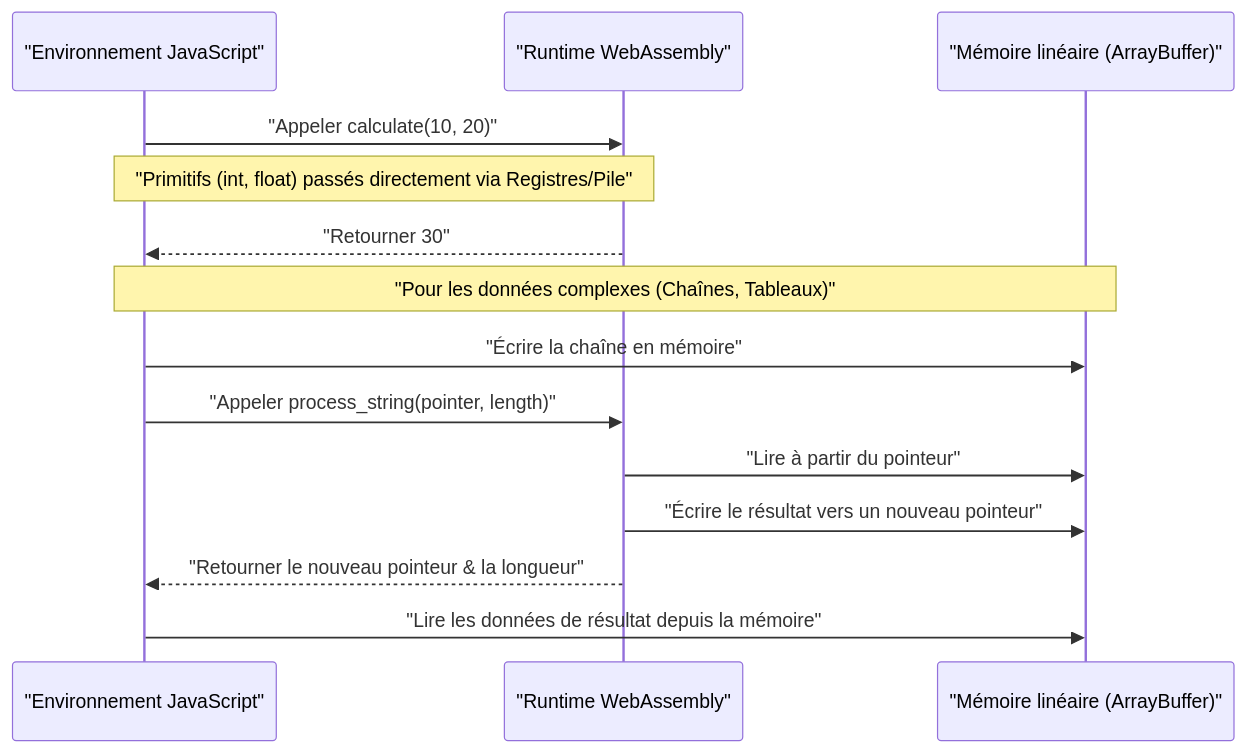
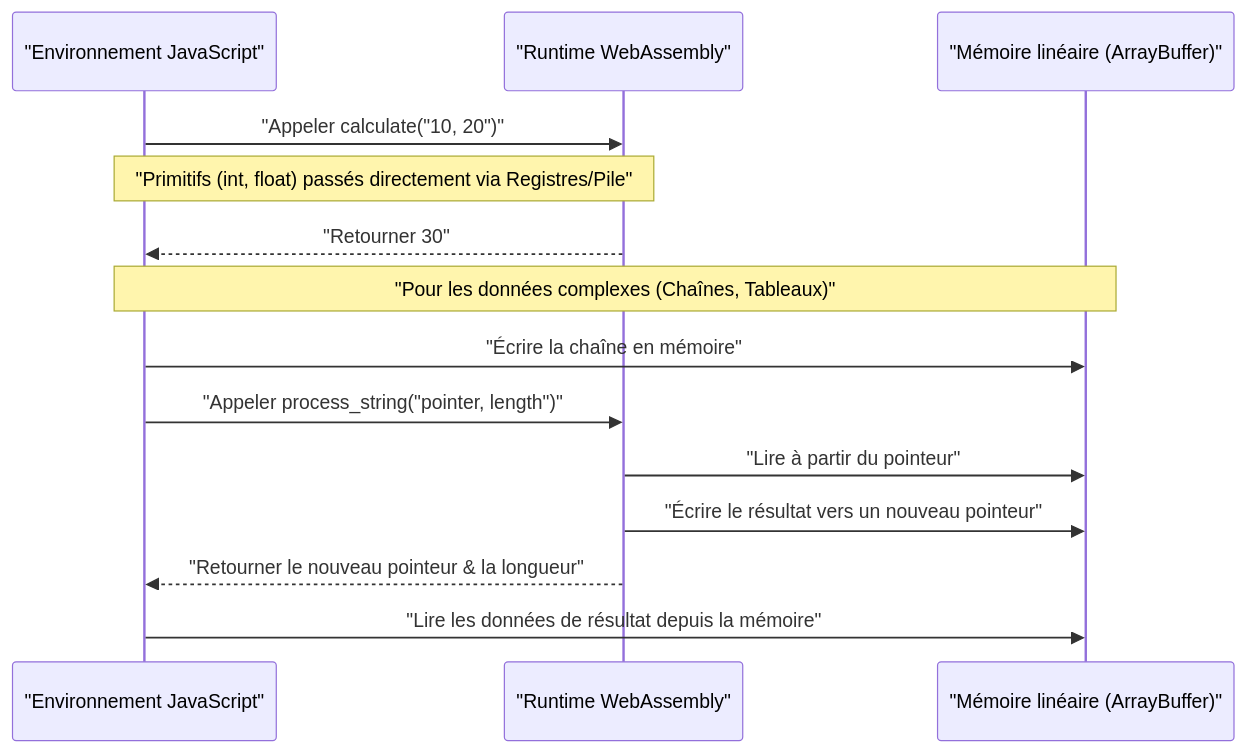
Before and after one commit to kenjinote/blog: the second of 3 diagrams in content/post/webassembly出力/index.fr.md, drawn with Mermaid. The commit also changed 929 other files, not shown here.

Commit message:
fix: Add double quotes to all Mermaid node texts to resolve syntax errors

````diff
--- a/content/post/webassembly出力/index.fr.md
+++ b/content/post/webassembly出力/index.fr.md
@@ -220,18 +220,18 @@
 ```mermaid
 sequenceDiagram
   participant JS as "Environnement JavaScript"
   participant Wasm as "Runtime WebAssembly"
   participant Mem as "Mémoire linéaire (ArrayBuffer)"
 
-  JS->>Wasm: "Appeler calculate(10, 20)"
+  JS->>Wasm: "Appeler calculate("10, 20")"
   note over JS,Wasm: "Primitifs (int, float) passés directement via Registres/Pile"
   Wasm-->>JS: "Retourner 30"
 
   note over JS, Mem: "Pour les données complexes (Chaînes, Tableaux)"
   JS->>Mem: "Écrire la chaîne en mémoire"
-  JS->>Wasm: "Appeler process_string(pointer, length)"
+  JS->>Wasm: "Appeler process_string("pointer, length")"
   Wasm->>Mem: "Lire à partir du pointeur"
   Wasm->>Mem: "Écrire le résultat vers un nouveau pointeur"
   Wasm-->>JS: "Retourner le nouveau pointeur & la longueur"
   JS->>Mem: "Lire les données de résultat depuis la mémoire"
 ```
````
